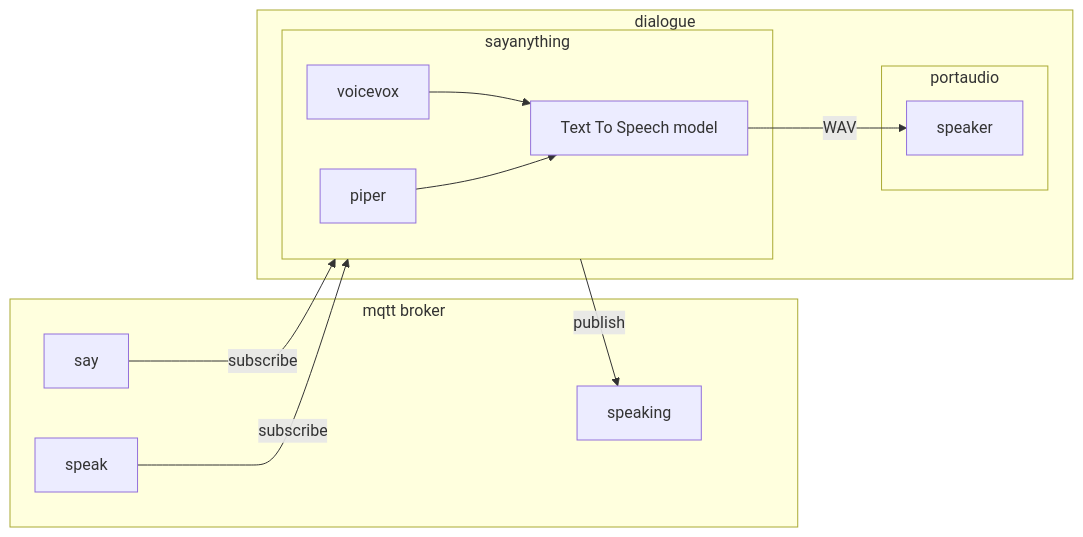
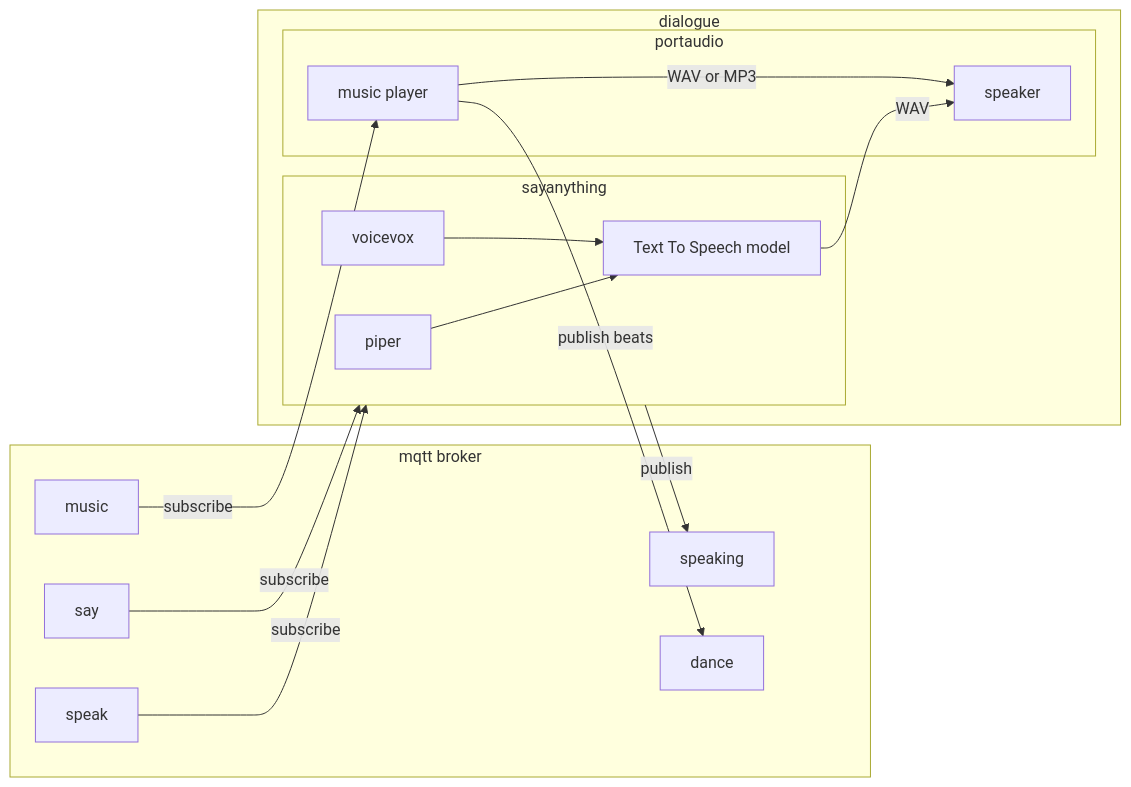
Before and after one commit to talkingheads2053/talkingheads: the fifth of 6 diagrams in README.md, drawn with Mermaid. The commit also changed other lines of this file and 6 other files, not shown here.

````diff
--- a/README.md
+++ b/README.md
@@ -148,20 +156,25 @@
 ```mermaid
 flowchart LR
 subgraph mqtt broker
     speak
     say
     speaking
+    music
+    dance
 end
 subgraph dialogue
     speak-- subscribe -->sayanything
     say-- subscribe -->sayanything
+    music-- subscribe -->songs[music player]
     subgraph sayanything
         piper-->tts[Text To Speech model]
         voicevox-->tts
     end
     subgraph portaudio
         tts-- WAV -->speaker
+        songs-- WAV or MP3 -->speaker
     end
     sayanything-- publish -->speaking
+    songs-- publish beats -->dance
 end
 ```
````
